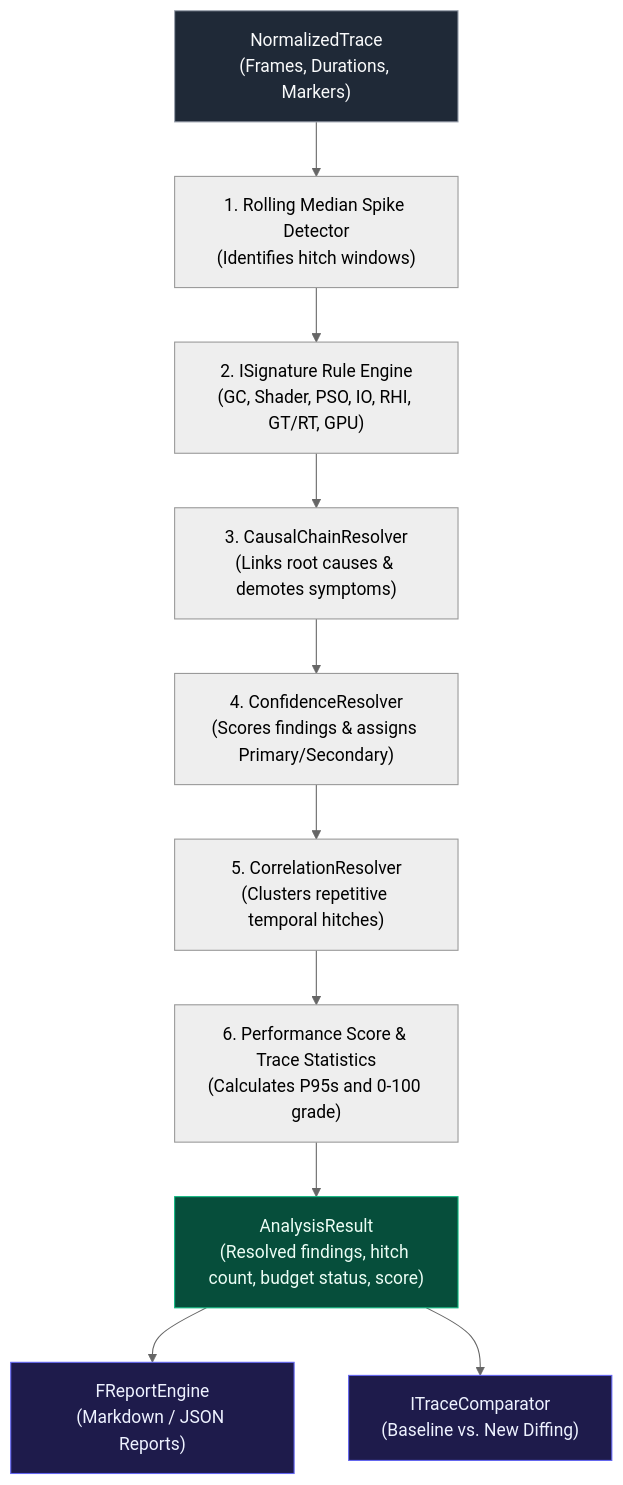
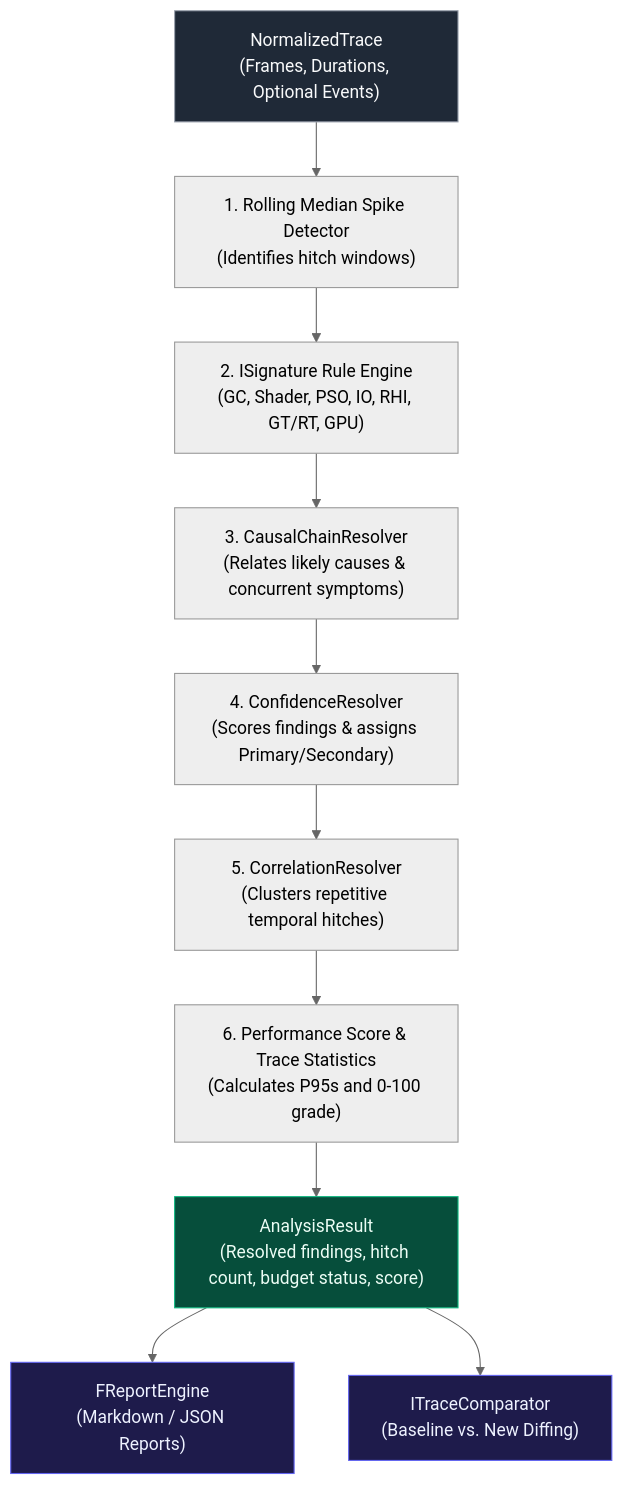
One commit to DarwinStylish/Riva changed the second of 3 diagrams in docs/architecture/system-overview.md. Above: the diagram before and after it, drawn with Mermaid (neutral theme). The commit also changed other lines of this file and 180 other files, not shown here.

````diff
--- a/docs/architecture/system-overview.md
+++ b/docs/architecture/system-overview.md
@@ -62,17 +60,17 @@
 ```mermaid
 flowchart TD
-    A["NormalizedTrace<br/>(Frames, Durations, Markers)"] --> B["1. Rolling Median Spike Detector<br/>(Identifies hitch windows)"]
+    A["NormalizedTrace<br/>(Frames, Durations, Optional Events)"] --> B["1. Rolling Median Spike Detector<br/>(Identifies hitch windows)"]
     B --> C["2. ISignature Rule Engine<br/>(GC, Shader, PSO, IO, RHI, GT/RT, GPU)"]
-    C --> D["3. CausalChainResolver<br/>(Links root causes & demotes symptoms)"]
+    C --> D["3. CausalChainResolver<br/>(Relates likely causes & concurrent symptoms)"]
     D --> E["4. ConfidenceResolver<br/>(Scores findings & assigns Primary/Secondary)"]
     E --> F["5. CorrelationResolver<br/>(Clusters repetitive temporal hitches)"]
     F --> S["6. Performance Score & Trace Statistics<br/>(Calculates P95s and 0-100 grade)"]
     S --> G["AnalysisResult<br/>(Resolved findings, hitch count, budget status, score)"]
     G --> H1["FReportEngine<br/>(Markdown / JSON Reports)"]
     G --> H2["ITraceComparator<br/>(Baseline vs. New Diffing)"]
 
     style A fill:#1F2937,stroke:#9CA3AF,color:#F9FAFB
     style G fill:#064E3B,stroke:#10B981,color:#ECFDF5
     style H1 fill:#1E1B4B,stroke:#6366F1,color:#EEF2FF
     style H2 fill:#1E1B4B,stroke:#6366F1,color:#EEF2FF
 ```
````
